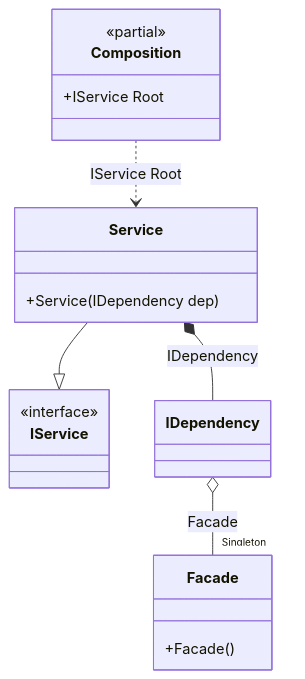
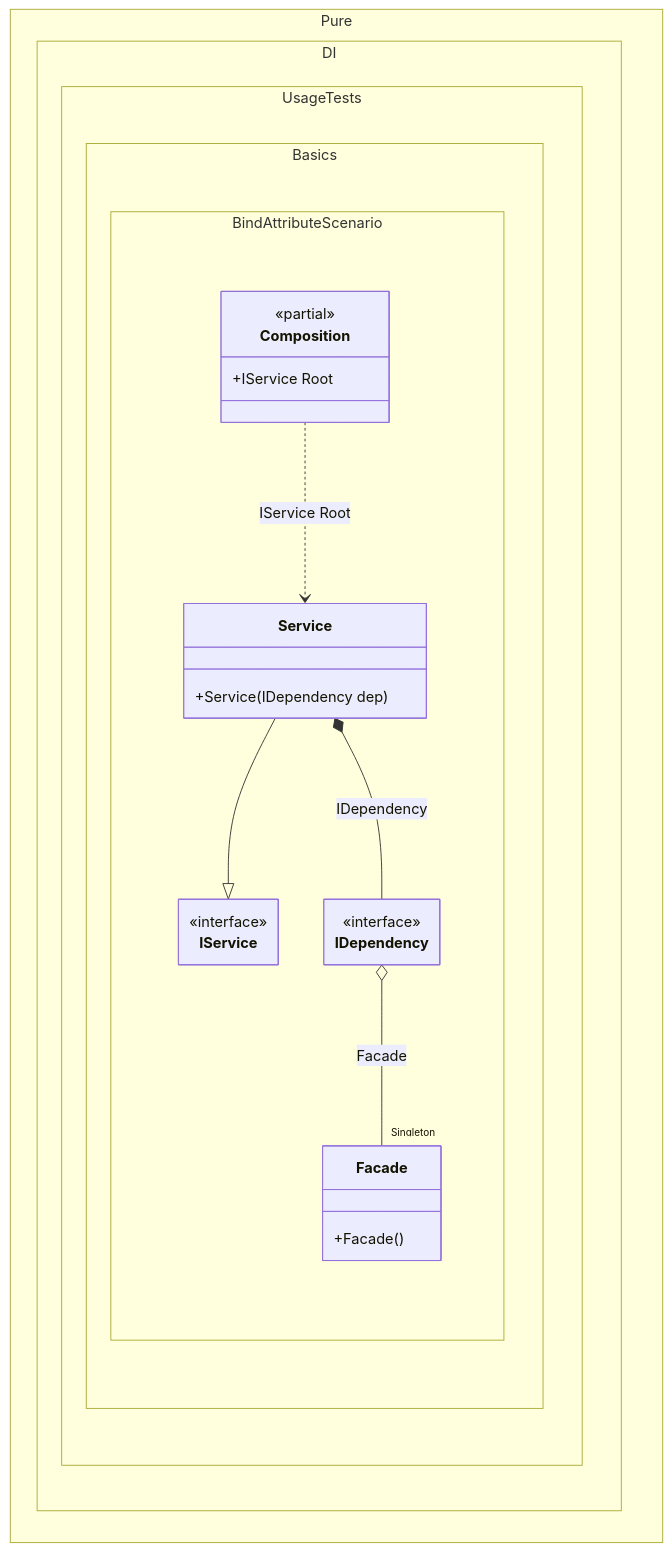
One commit to DevTeam/Pure.DI changed the diagram in readme/bind-attribute.md. Above: the diagram before and after it, drawn with Mermaid. The commit also changed 103 other files, not shown here.

Commit message:
Improved class diagrams

````diff
--- a/readme/bind-attribute.md
+++ b/readme/bind-attribute.md
@@ -101,21 +101,30 @@
 ```mermaid
+---
+ config:
+  class:
+   hideEmptyMembersBox: true
+---
 classDiagram
-	class Composition {
-		<<partial>>
-		+IService Root
-	}
 	Service --|> IService
-	class Service {
-		+Service(IDependency dep)
-	}
-	class IDependency
-	class Facade {
-		+Facade()
-	}
-	class IService {
-		<<interface>>
-	}
 	Composition ..> Service : IService Root
 	Service *--  IDependency : IDependency
 	IDependency o-- "Singleton" Facade : Facade
+	namespace Pure.DI.UsageTests.Basics.BindAttributeScenario {
+		class Composition {
+		<<partial>>
+		+IService Root
+		}
+		class Facade {
+			+Facade()
+		}
+		class IDependency {
+				<<interface>>
+		}
+		class IService {
+			<<interface>>
+		}
+		class Service {
+			+Service(IDependency dep)
+		}
+	}
 ```
````
